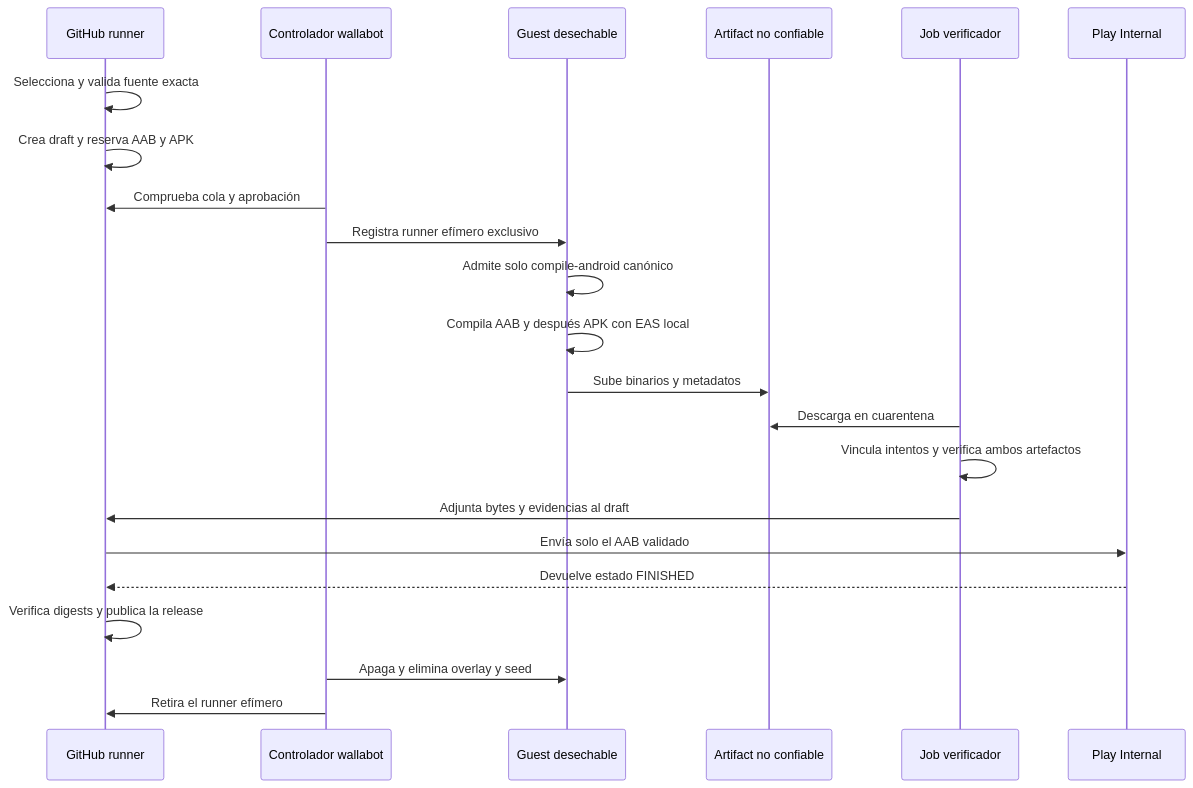
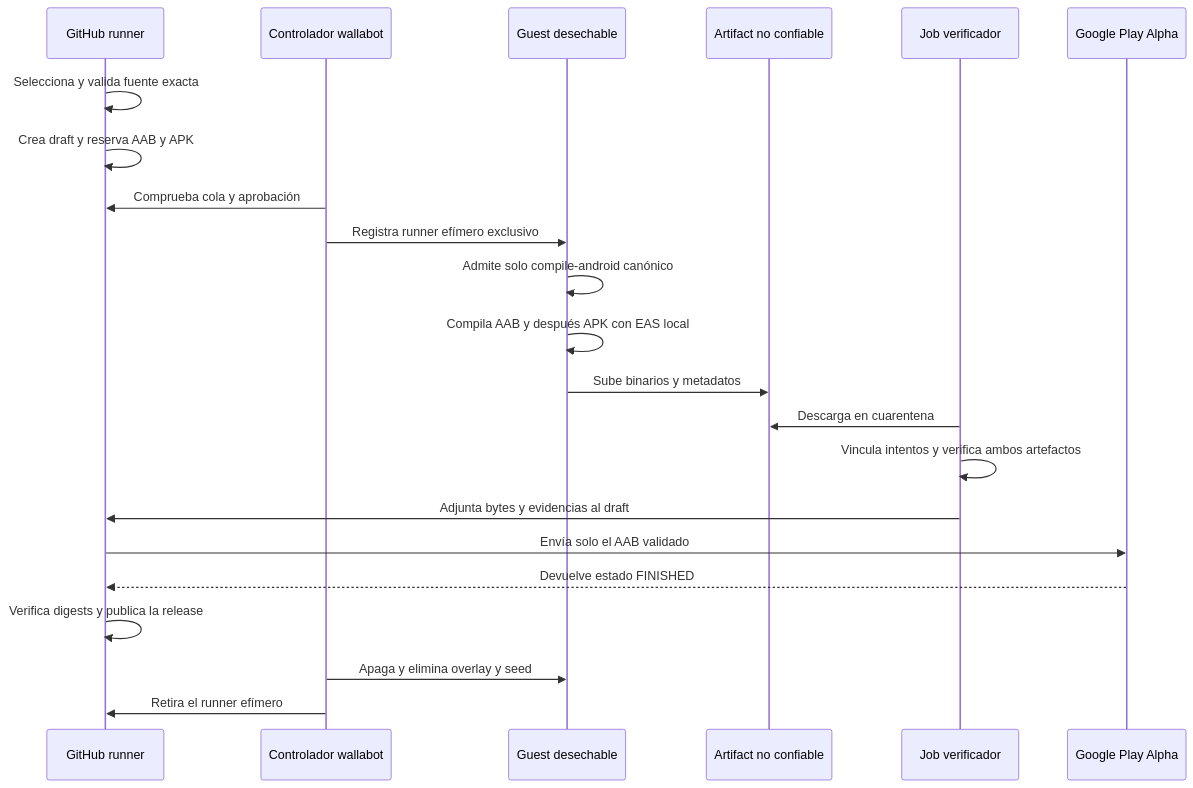
One commit to maximofn/gymnasia changed the fourth of 5 diagrams in openwiki/operations/build-release-and-testing.md. Above: the diagram before and after it, drawn with Mermaid. The commit also changed other lines of this file and 39 other files, not shown here.

````diff
--- a/openwiki/operations/build-release-and-testing.md
+++ b/openwiki/operations/build-release-and-testing.md
@@ -282,24 +278,24 @@
 ```mermaid
 sequenceDiagram
     participant GH as GitHub runner
     participant HC as Controlador wallabot
     participant VM as Guest desechable
     participant UA as Artifact no confiable
     participant VJ as Job verificador
-    participant PI as Play Internal
+    participant PI as Google Play Alpha
     GH->>GH: Selecciona y valida fuente exacta
     GH->>GH: Crea draft y reserva AAB y APK
     HC->>GH: Comprueba cola y aprobación
     HC->>VM: Registra runner efímero exclusivo
     VM->>VM: Admite solo compile-android canónico
     VM->>VM: Compila AAB y después APK con EAS local
     VM->>UA: Sube binarios y metadatos
     VJ->>UA: Descarga en cuarentena
     VJ->>VJ: Vincula intentos y verifica ambos artefactos
     VJ->>GH: Adjunta bytes y evidencias al draft
     GH->>PI: Envía solo el AAB validado
     PI-->>GH: Devuelve estado FINISHED
     GH->>GH: Verifica digests y publica la release
     HC->>VM: Apaga y elimina overlay y seed
     HC->>GH: Retira el runner efímero
 ```
````
